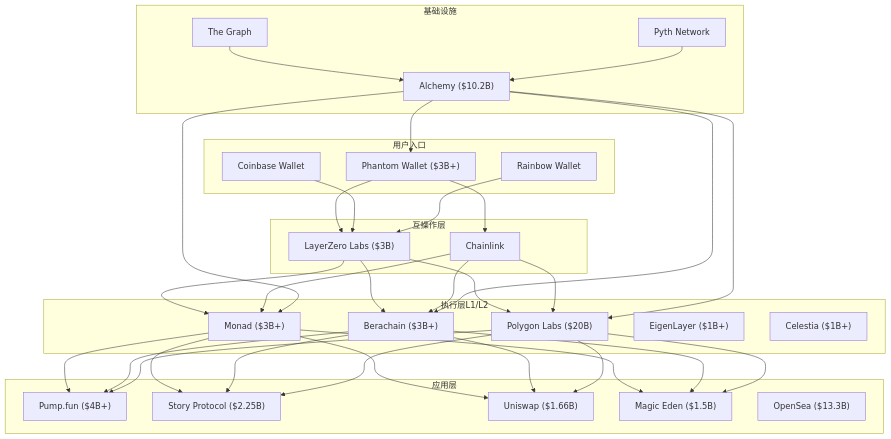
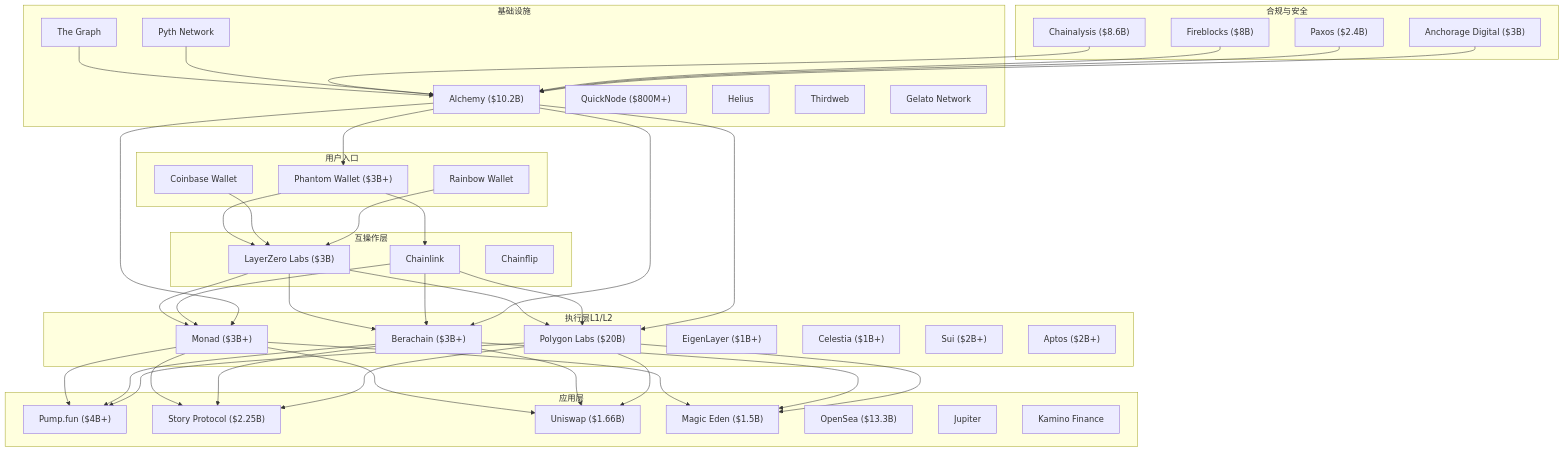
One commit to allengaller/awesome-startups changed the second of 12 diagrams in .qoder/repowiki/zh/content/Web3 _ 加密.md. Above: the diagram before and after it, drawn with Mermaid. The commit also changed other lines of this file and 113 other files, not shown here.

````diff
--- a/.qoder/repowiki/zh/content/Web3 _ 加密.md
+++ b/.qoder/repowiki/zh/content/Web3 _ 加密.md
@@ -87,59 +100,78 @@
 ```mermaid
 graph TB
 subgraph "用户入口"
 P["Phantom Wallet ($3B+)"]
 C["Coinbase Wallet"]
 R["Rainbow Wallet"]
 end
 subgraph "互操作层"
 LZ["LayerZero Labs ($3B)"]
 CL["Chainlink"]
+CF["Chainflip"]
 end
 subgraph "执行层L1/L2"
 M["Monad ($3B+)"]
 B["Berachain ($3B+)"]
 PG["Polygon Labs ($20B)"]
 EI["EigenLayer ($1B+)"]
 CT["Celestia ($1B+)"]
+SU["Sui ($2B+)"]
+AP["Aptos ($2B+)"]
 end
 subgraph "应用层"
 PF["Pump.fun ($4B+)"]
 SP["Story Protocol ($2.25B)"]
 UN["Uniswap ($1.66B)"]
 ME["Magic Eden ($1.5B)"]
 OS["OpenSea ($13.3B)"]
+JU["Jupiter"]
+KF["Kamino Finance"]
 end
 subgraph "基础设施"
 AL["Alchemy ($10.2B)"]
 TG["The Graph"]
 PY["Pyth Network"]
+QN["QuickNode ($800M+)"]
+HL["Helius"]
+TW["Thirdweb"]
+GL["Gelato Network"]
+end
+subgraph "合规与安全"
+CH["Chainalysis ($8.6B)"]
+FB["Fireblocks ($8B)"]
+PX["Paxos ($2.4B)"]
+AN["Anchorage Digital ($3B)"]
 end
 P --> LZ
 P --> CL
 C --> LZ
 R --> LZ
 LZ --> M
 LZ --> B
 LZ --> PG
 CL --> M
 CL --> B
 CL --> PG
 M --> PF
 B --> PF
 PG --> PF
 M --> SP
 B --> SP
 PG --> SP
 M --> UN
 B --> UN
 PG --> UN
 M --> ME
 B --> ME
 PG --> ME
 AL --> P
 AL --> M
 AL --> B
 AL --> PG
 TG --> AL
 PY --> AL
+CH --> AL
+FB --> AL
+PX --> AL
+AN --> AL
 ```
````
